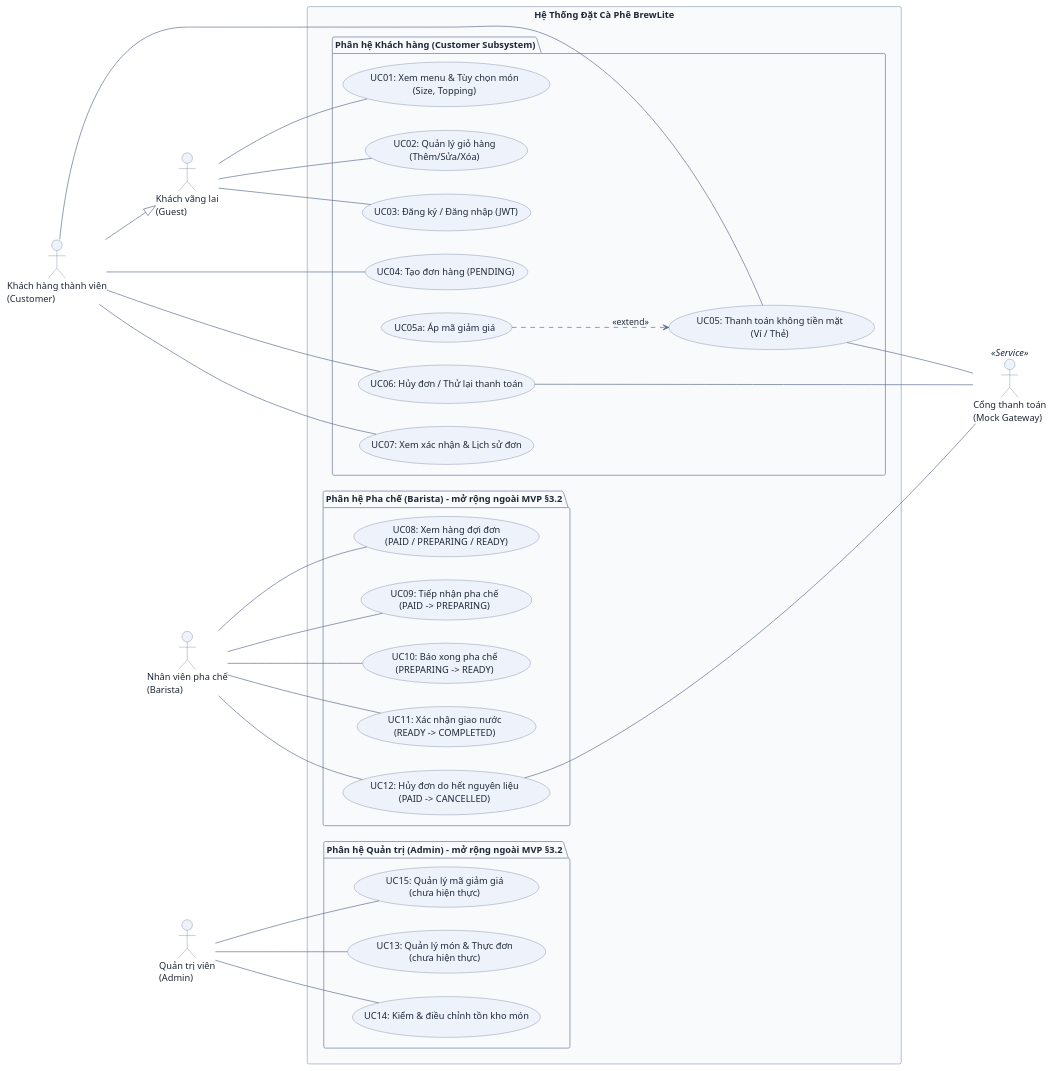
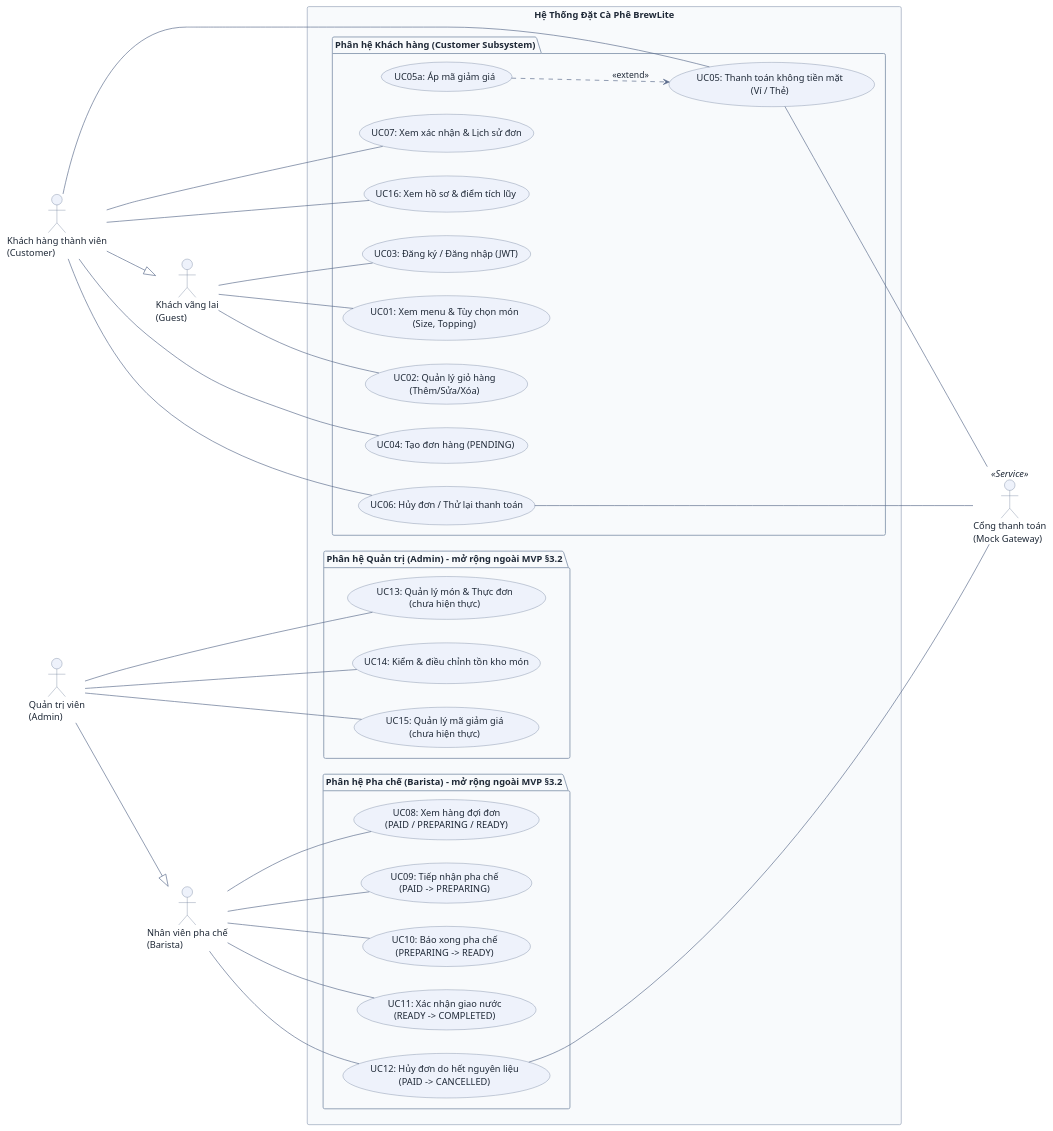
Before and after one commit to DuVinhLoi/BrewLite: the first of 2 diagrams in docs/use-case-specifications.md, drawn with PlantUML. The commit also changed other lines of this file and 20 other files, not shown here.

Commit message:
feat: sync use cases and sequence docs with code (UC16, Admin inherits Barista, product-name query, barista loading)

```diff
--- a/docs/use-case-specifications.md
+++ b/docs/use-case-specifications.md
@@ -56,6 +56,9 @@
 ' Customer kế thừa toàn bộ quyền của Guest
 Customer --|> Guest
 
+' Admin kế thừa toàn bộ quyền của Barista (API quầy cho phép BARISTA và ADMIN)
+Admin --|> Barista
+
 ' ==========================================
 ' 2. BIÊN GIỚI HỆ THỐNG BREWLITE
 ' ==========================================
@@ -71,6 +74,7 @@
     usecase "UC05a: Áp mã giảm giá" as UC05a
     usecase "UC06: Hủy đơn / Thử lại thanh toán" as UC06
     usecase "UC07: Xem xác nhận & Lịch sử đơn" as UC07
+    usecase "UC16: Xem hồ sơ & điểm tích lũy" as UC16
   }
 
   ' --- PHÂN HỆ PHA CHẾ (BARISTA SUBSYSTEM) ---
@@ -109,6 +113,7 @@
 Customer --- UC05
 Customer --- UC06
 Customer --- UC07
+Customer --- UC16
 
 ' --- QUAN HỆ MỞ RỘNG (EXTEND) ---
 UC05a ..> UC05 : <<extend>>
@@ -126,6 +131,7 @@
 Barista --- UC12
 
 ' --- QUẢN TRỊ VIÊN (ADMIN) ---
+' Admin dùng được UC08–UC12 qua quan hệ kế thừa Admin --|> Barista, không nối thêm dây
 Admin --- UC13
 Admin --- UC14
 Admin --- UC15
```
